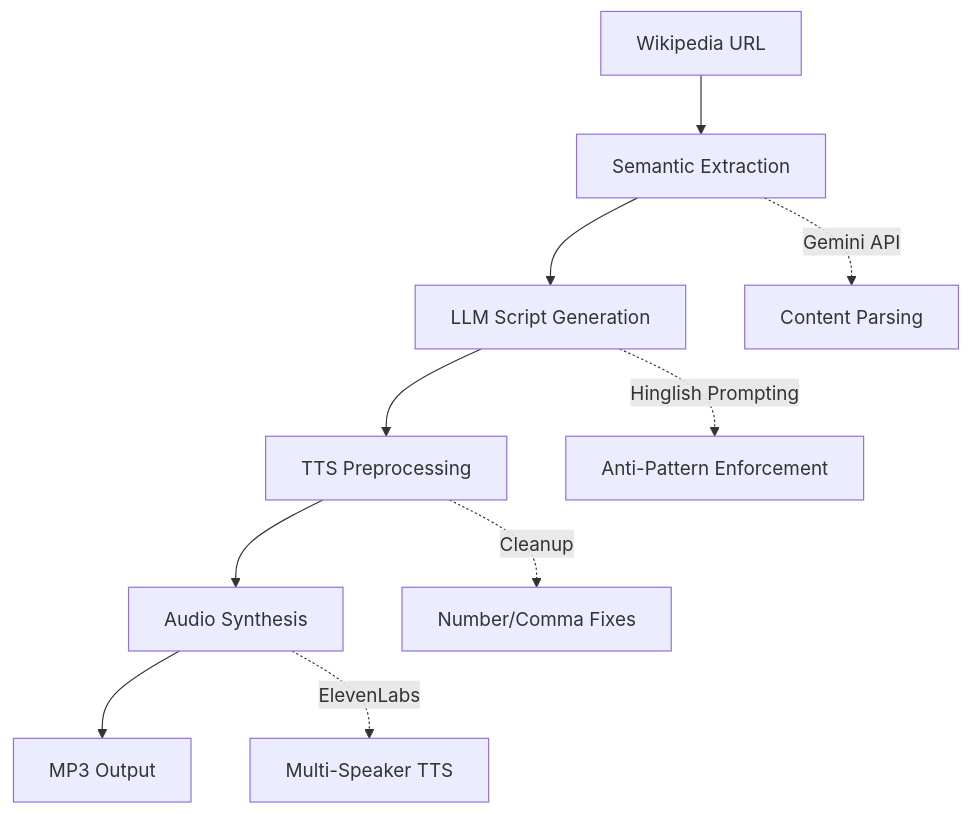
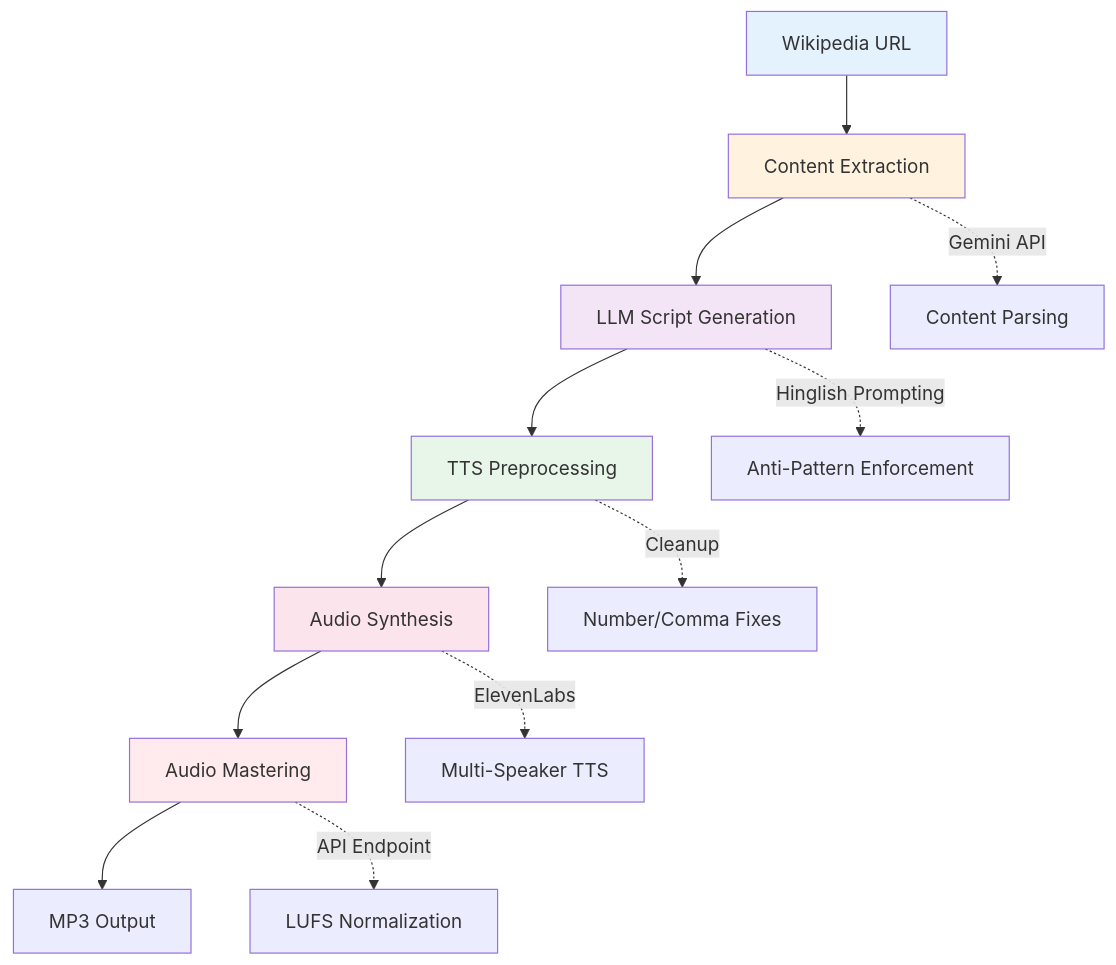
Before and after one commit to Hazenbox/Vani-ai: the second of 2 diagrams in README.md, drawn with Mermaid. The commit also changed other lines of this file and 8 other files, not shown here.

````diff
--- a/README.md
+++ b/README.md
@@ -261,13 +293,22 @@
 ```mermaid
 graph TD
-    A[Wikipedia URL] --> B[Semantic Extraction]
+    A[Wikipedia URL] --> B[Content Extraction]
     B --> C[LLM Script Generation]
     C --> D[TTS Preprocessing]
     D --> E[Audio Synthesis]
-    E --> F[MP3 Output]
+    E --> F[Audio Mastering]
+    F --> G[MP3 Output]
     
     B -.->|Gemini API| B1[Content Parsing]
     C -.->|Hinglish Prompting| C1[Anti-Pattern Enforcement]
     D -.->|Cleanup| D1[Number/Comma Fixes]
     E -.->|ElevenLabs| E1[Multi-Speaker TTS]
+    F -.->|API Endpoint| F1[LUFS Normalization]
+    
+    style A fill:#e3f2fd
+    style B fill:#fff3e0
+    style C fill:#f3e5f5
+    style D fill:#e8f5e9
+    style E fill:#fce4ec
+    style F fill:#ffebee
 ```
````
